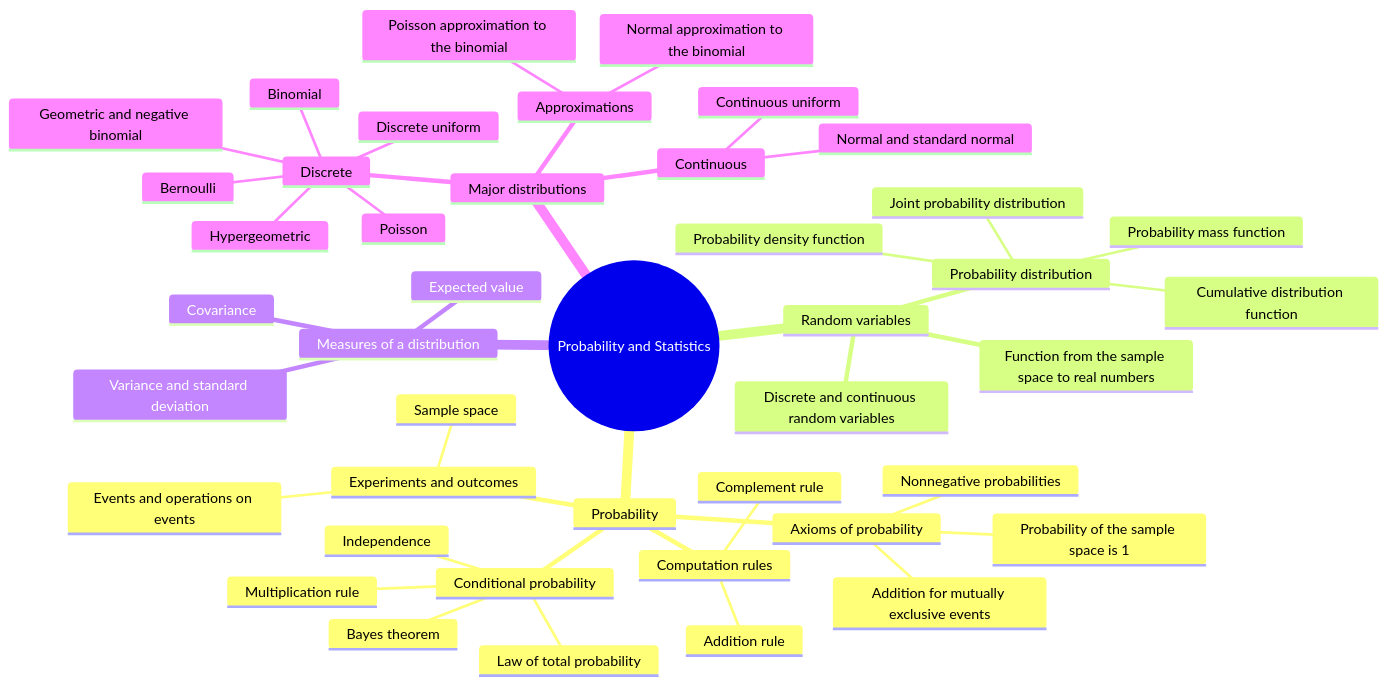
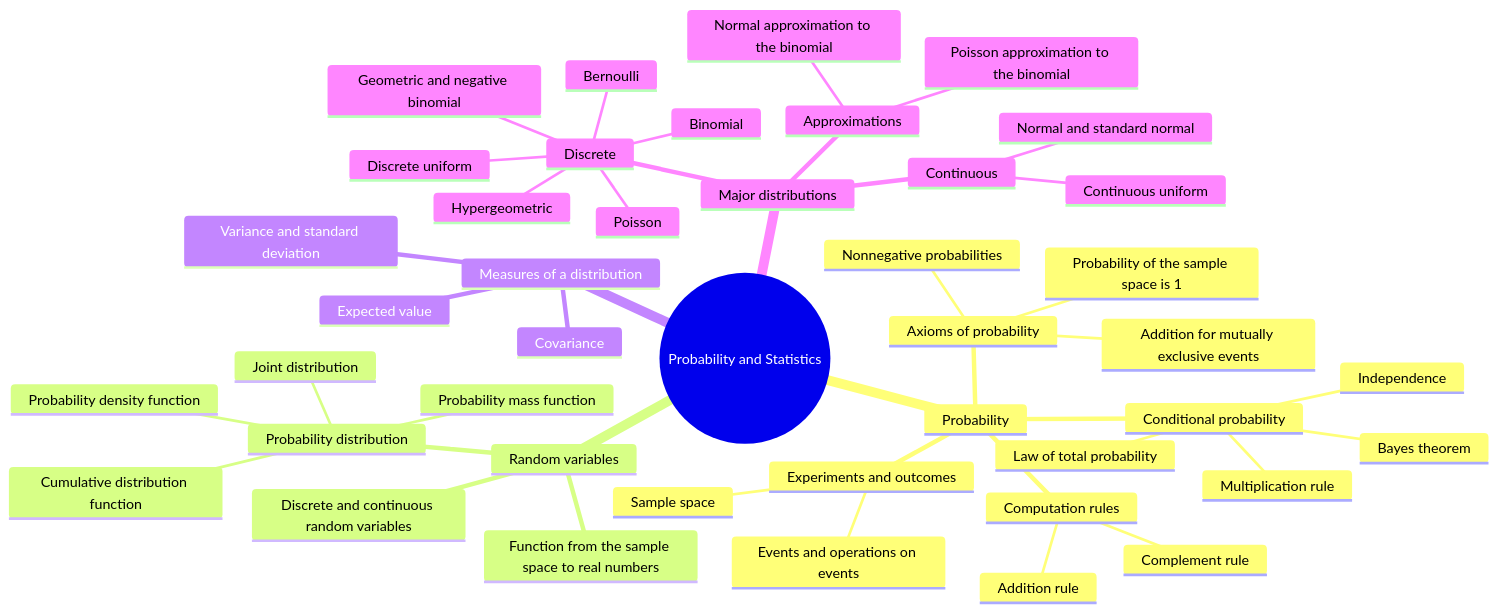
Before and after one commit to Choroning/25Fall_Probability-and-Statistics: the diagram in Coursework/HW01_Probability-and-Random-Variables/Assignment-Explanation.md, drawn with Mermaid. The commit also changed other lines of this file and 11 other files, not shown here.

````diff
--- a/Coursework/HW01_Probability-and-Random-Variables/Assignment-Explanation.md
+++ b/Coursework/HW01_Probability-and-Random-Variables/Assignment-Explanation.md
@@ -353,46 +353,46 @@
 ```mermaid
 mindmap
   root((Probability and Statistics))
     Probability
       Experiments and outcomes
         Sample space
         Events and operations on events
       Axioms of probability
         Nonnegative probabilities
         Probability of the sample space is 1
         Addition for mutually exclusive events
       Computation rules
         Complement rule
         Addition rule
       Conditional probability
         Multiplication rule
         Independence
         Law of total probability
         Bayes theorem
     Random variables
       Function from the sample space to real numbers
       Discrete and continuous random variables
       Probability distribution
         Probability mass function
         Probability density function
         Cumulative distribution function
-        Joint probability distribution
+        Joint distribution
     Measures of a distribution
       Expected value
       Variance and standard deviation
       Covariance
     Major distributions
       Discrete
         Discrete uniform
         Bernoulli
         Binomial
         Hypergeometric
         Poisson
         Geometric and negative binomial
       Continuous
         Continuous uniform
         Normal and standard normal
       Approximations
         Normal approximation to the binomial
         Poisson approximation to the binomial
 ```
````
